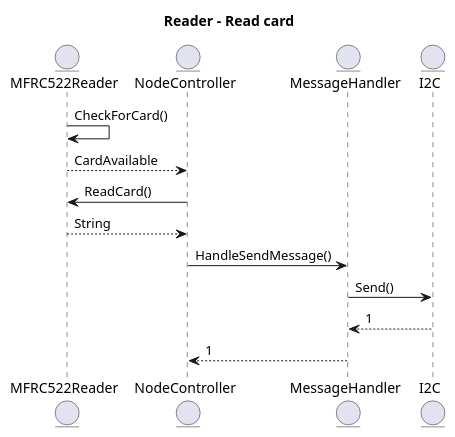
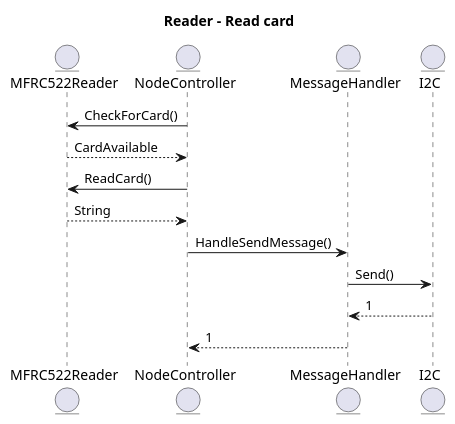
Before and after one commit to T3-FindIt/FindIt: the fourth of 4 diagrams in Designs/Arduino nano/Design.wsd, drawn with PlantUML. The commit also changed other lines of this file and 4 other files, not shown here.

```diff
--- a/Designs/Arduino nano/Design.wsd
+++ b/Designs/Arduino nano/Design.wsd
@@ -119,16 +127,16 @@
 @startuml
 Title Reader - Read card
 Entity MFRC522Reader
 Entity NodeController
 Entity MessageHandler
 Entity I2C
 
-MFRC522Reader -> MFRC522Reader : CheckForCard()
+NodeController -> MFRC522Reader : CheckForCard()
 MFRC522Reader --> NodeController : CardAvailable
 NodeController -> MFRC522Reader : ReadCard()
 MFRC522Reader --> NodeController :String
 NodeController -> MessageHandler : HandleSendMessage()
 MessageHandler -> I2C: Send()
 I2C --> MessageHandler: 1
 MessageHandler --> NodeController: 1
 @enduml
```
